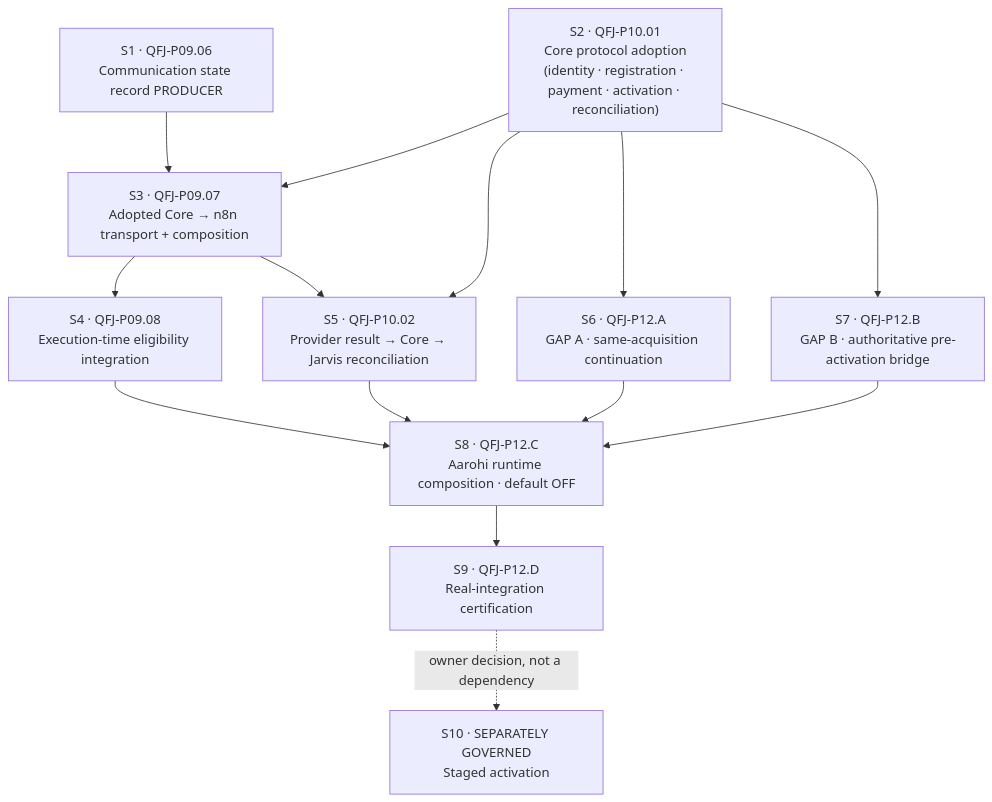
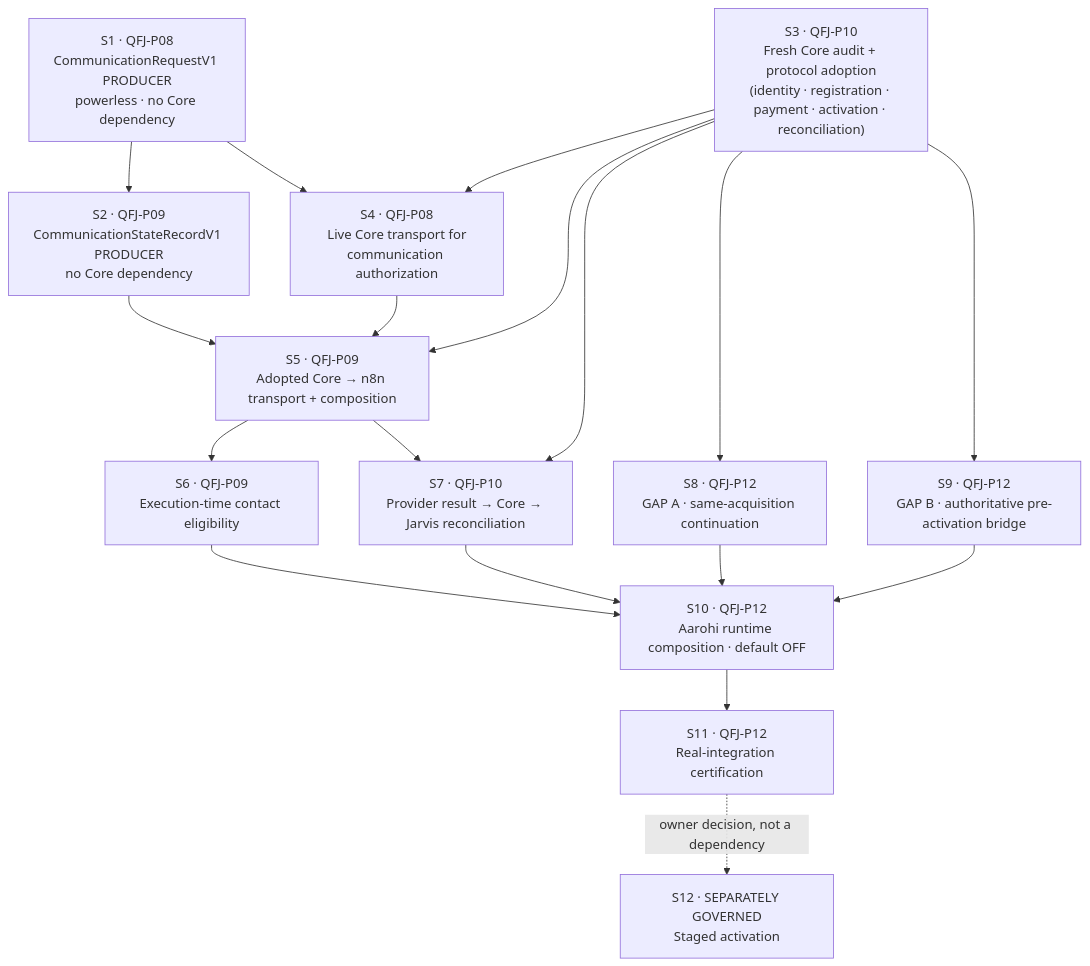
One commit to quickfurno-maker/qf-jarvis changed the first of 2 diagrams in docs/architecture/aarohi-real-execution-integration-plan.md. Above: the diagram before and after it, drawn with Mermaid. The commit also changed other lines of this file and 1 other file, not shown here.

````diff
--- a/docs/architecture/aarohi-real-execution-integration-plan.md
+++ b/docs/architecture/aarohi-real-execution-integration-plan.md
@@ -70,27 +108,33 @@
 ```mermaid
 flowchart TD
-    S1["S1 · QFJ-P09.06<br/>Communication state record PRODUCER"]
-    S2["S2 · QFJ-P10.01<br/>Core protocol adoption<br/>(identity · registration · payment · activation · reconciliation)"]
-    S3["S3 · QFJ-P09.07<br/>Adopted Core → n8n transport + composition"]
-    S4["S4 · QFJ-P09.08<br/>Execution-time eligibility integration"]
-    S5["S5 · QFJ-P10.02<br/>Provider result → Core → Jarvis reconciliation"]
-    S6["S6 · QFJ-P12.A<br/>GAP A · same-acquisition continuation"]
-    S7["S7 · QFJ-P12.B<br/>GAP B · authoritative pre-activation bridge"]
-    S8["S8 · QFJ-P12.C<br/>Aarohi runtime composition · default OFF"]
-    S9["S9 · QFJ-P12.D<br/>Real-integration certification"]
-    S10["S10 · SEPARATELY GOVERNED<br/>Staged activation"]
+    S1["S1 · QFJ-P08<br/>CommunicationRequestV1 PRODUCER<br/>powerless · no Core dependency"]
+    S2["S2 · QFJ-P09<br/>CommunicationStateRecordV1 PRODUCER<br/>no Core dependency"]
+    S3["S3 · QFJ-P10<br/>Fresh Core audit + protocol adoption<br/>(identity · registration · payment · activation · reconciliation)"]
+    S4["S4 · QFJ-P08<br/>Live Core transport for<br/>communication authorization"]
+    S5["S5 · QFJ-P09<br/>Adopted Core → n8n transport + composition"]
+    S6["S6 · QFJ-P09<br/>Execution-time contact eligibility"]
+    S7["S7 · QFJ-P10<br/>Provider result → Core → Jarvis reconciliation"]
+    S8["S8 · QFJ-P12<br/>GAP A · same-acquisition continuation"]
+    S9["S9 · QFJ-P12<br/>GAP B · authoritative pre-activation bridge"]
+    S10["S10 · QFJ-P12<br/>Aarohi runtime composition · default OFF"]
+    S11["S11 · QFJ-P12<br/>Real-integration certification"]
+    S12["S12 · SEPARATELY GOVERNED<br/>Staged activation"]
 
-    S1 --> S3
-    S2 --> S3
-    S2 --> S5
-    S2 --> S6
-    S2 --> S7
+    S1 --> S2
+    S1 --> S4
     S3 --> S4
     S3 --> S5
-    S4 --> S8
-    S5 --> S8
-    S6 --> S8
-    S7 --> S8
-    S8 --> S9
-    S9 -.owner decision, not a dependency.-> S10
+    S3 --> S7
+    S3 --> S8
+    S3 --> S9
+    S2 --> S5
+    S4 --> S5
+    S5 --> S6
+    S5 --> S7
+    S6 --> S10
+    S7 --> S10
+    S8 --> S10
+    S9 --> S10
+    S10 --> S11
+    S11 -.owner decision, not a dependency.-> S12
 ```
````
